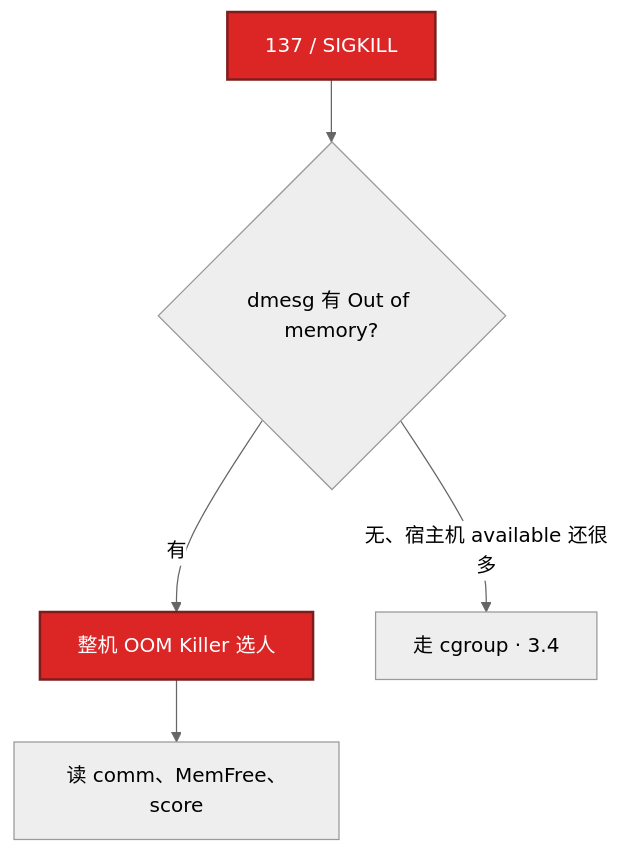
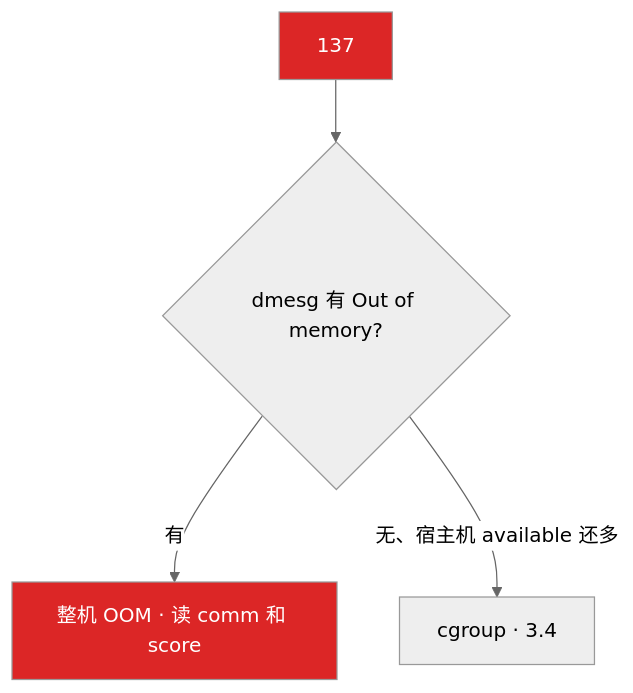
The fourth of 5 diagrams in 02-基础底座/04-内存与OOM/知识点.md (ml-cuizijun/LearnToLilith), drawn with Mermaid (neutral theme) before and after one commit. The commit also changed other lines of this file and 213 other files, not shown here.

````diff
--- a/02-基础底座/04-内存与OOM/知识点.md
+++ b/02-基础底座/04-内存与OOM/知识点.md
@@ -201,10 +181,9 @@
 ```mermaid
 flowchart TB
-    A[137 / SIGKILL] --> B{dmesg 有 Out of memory?}
-    B -->|有| C[整机 OOM Killer 选人]
-    C --> D[读 comm、MemFree、score]
-    B -->|无、宿主机 available 还很多| E["走 cgroup · 3.4"]
+    A[137] --> B{dmesg 有 Out of memory?}
+    B -->|有| C[整机 OOM · 读 comm 和 score]
+    B -->|无、宿主机 available 还多| D["cgroup · 3.4"]
 
-    classDef bad fill:#DC2626,stroke:#7F1D1D,stroke-width:2px,color:#fff
+    classDef bad fill:#DC2626,color:#fff
     class A,C bad
 ```
````
